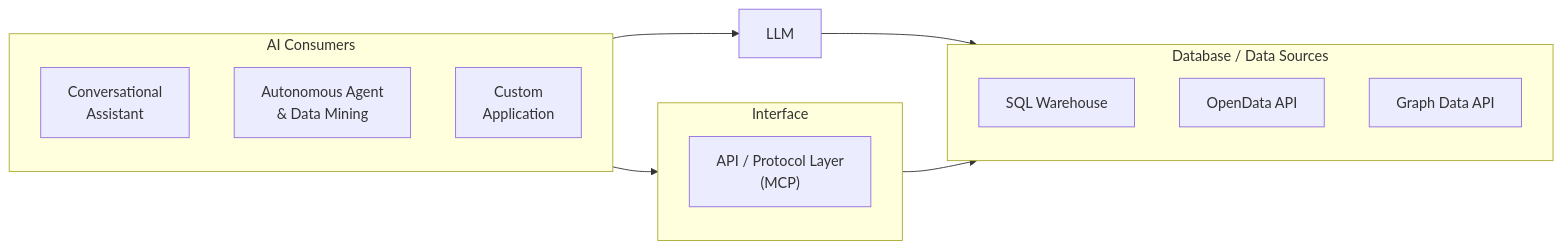
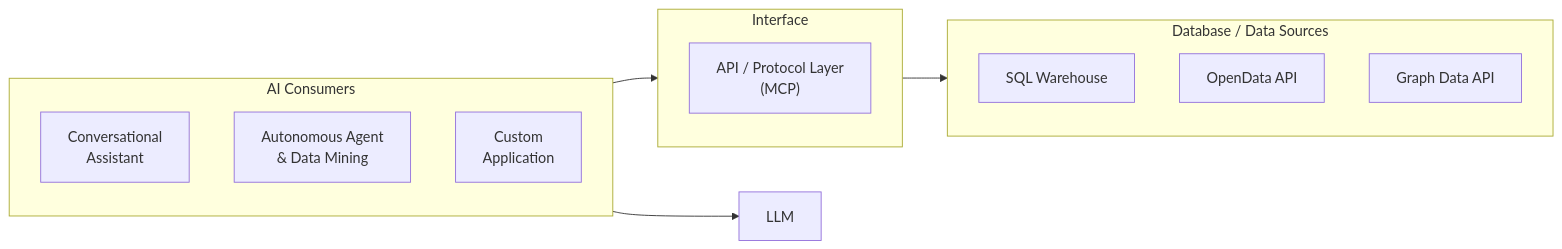
One commit to M-A-Operating-System/shared-work changed the first of 2 diagrams in docs/product/analytics/01-overview.md. Above: the diagram before and after it, drawn with Mermaid.

Commit message:
docs: remove direct LLM data-source arrow

````diff
--- a/docs/product/analytics/01-overview.md
+++ b/docs/product/analytics/01-overview.md
@@ -124,26 +124,25 @@
 ```mermaid
 flowchart LR
     subgraph clients["AI Consumers"]
         direction TB
         C1["Conversational\nAssistant"]
         C2["Autonomous Agent\n& Data Mining"]
         C3["Custom\nApplication"]
     end
     L["LLM"]
 
     subgraph I["Interface"]
         direction TB
         M["API / Protocol Layer\n(MCP)"]
     end
 
     subgraph data["Database / Data Sources"]
         direction TB
         D1["SQL Warehouse"]
         D2["OpenData API"]
         D3["Graph Data API"]
     end
     clients --> L
-    L --> data
     clients --> M
     M --> data
 ```
````
